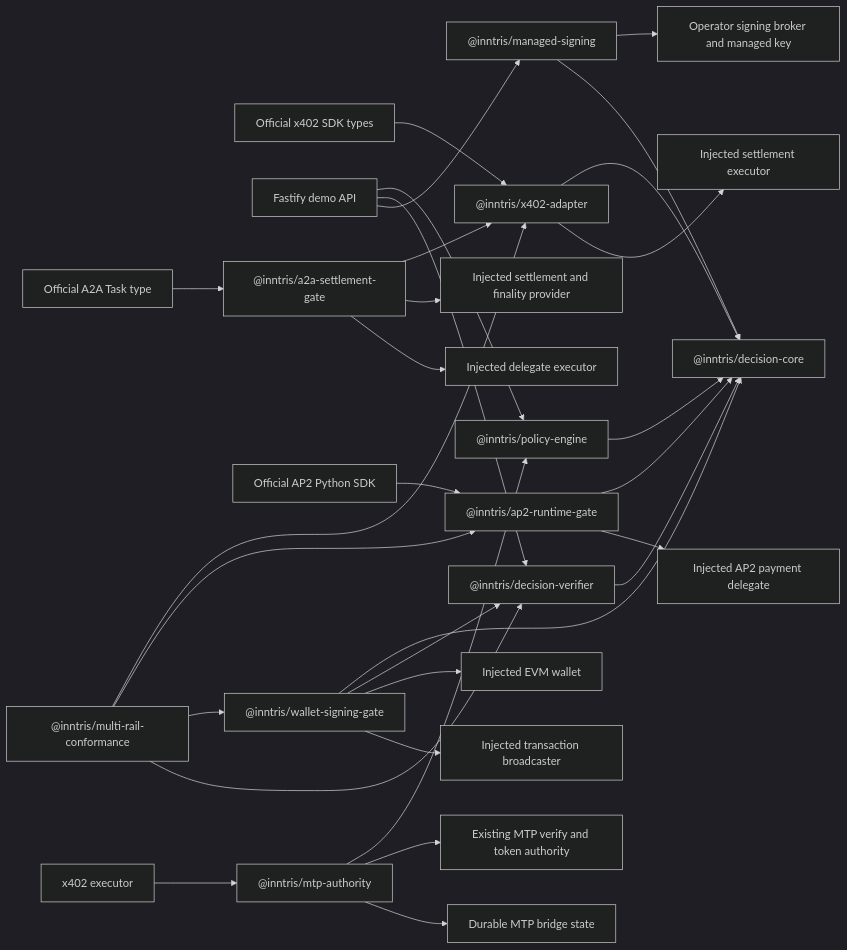
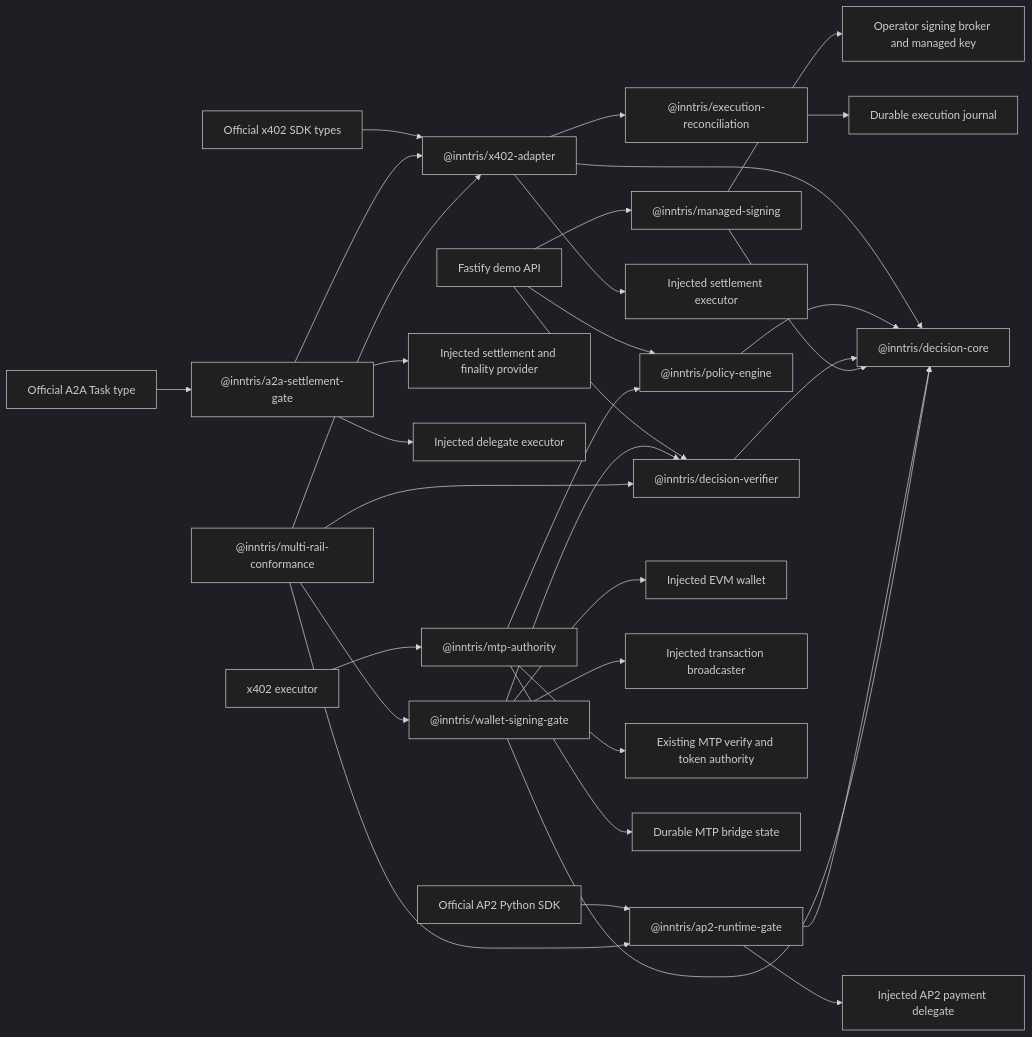
The diagram in ARCHITECTURE.md (Inntris/inntris-x402-policy-adapter), drawn with Mermaid (dark theme) before and after one commit. The commit also changed other lines of this file and 42 other files, not shown here.

First line of the commit message:
Add durable execution reconciliation (#35)

````diff
--- a/ARCHITECTURE.md
+++ b/ARCHITECTURE.md
@@ -22,32 +22,34 @@
 ```mermaid
 flowchart LR
     X["Official x402 SDK types"] --> A["@inntris/x402-adapter"]
     A --> C["@inntris/decision-core"]
     P["@inntris/policy-engine"] --> C
     V["@inntris/decision-verifier"] --> C
     API["Fastify demo API"] --> P
     API --> V
     API --> MS["@inntris/managed-signing"]
     MS --> KMS["Operator signing broker and managed key"]
     MS --> C
     A --> E["Injected settlement executor"]
+    A --> J["@inntris/execution-reconciliation"]
+    J --> PGX["Durable execution journal"]
     T["Official A2A Task type"] --> G["@inntris/a2a-settlement-gate"]
     G --> A
     G --> S["Injected settlement and finality provider"]
     G --> D["Injected delegate executor"]
     M["Official AP2 Python SDK"] --> R["@inntris/ap2-runtime-gate"]
     R --> C
     R --> Q["Injected AP2 payment delegate"]
     W["@inntris/wallet-signing-gate"] --> C
     W --> V
     W --> K["Injected EVM wallet"]
     W --> B["Injected transaction broadcaster"]
     N["@inntris/multi-rail-conformance"] --> A
     N --> R
     N --> W
     N --> V
     X402["x402 executor"] --> H["@inntris/mtp-authority"]
     H --> P
     H --> MTP["Existing MTP verify and token authority"]
     H --> PG["Durable MTP bridge state"]
 ```
````
